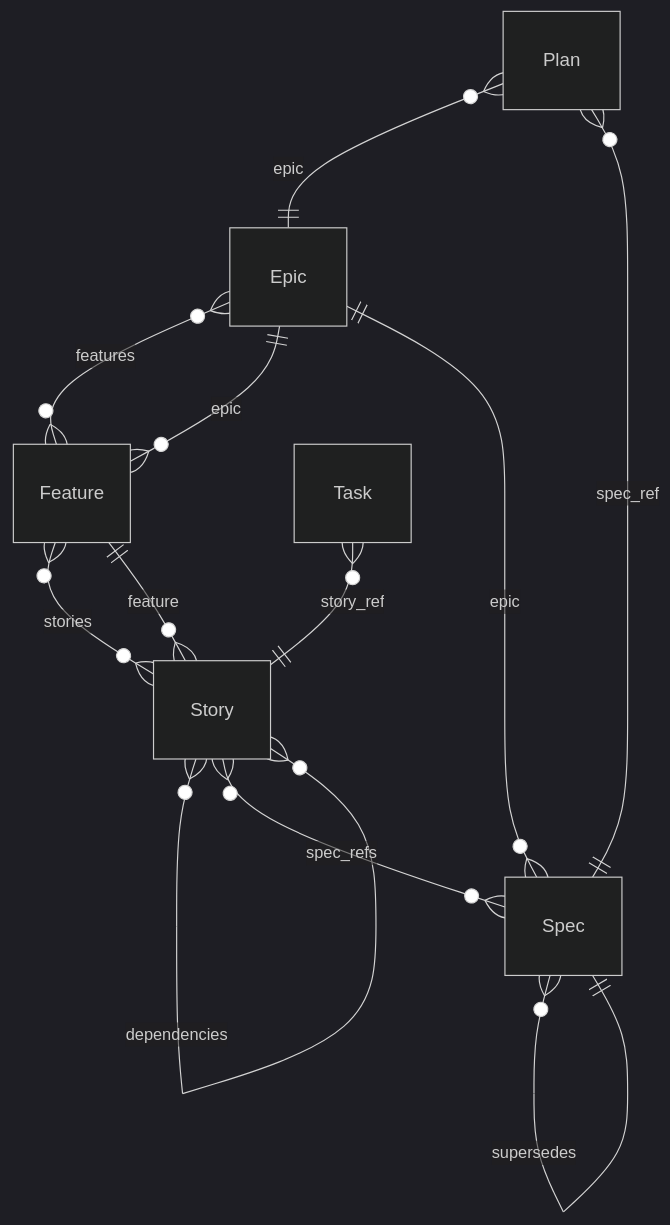
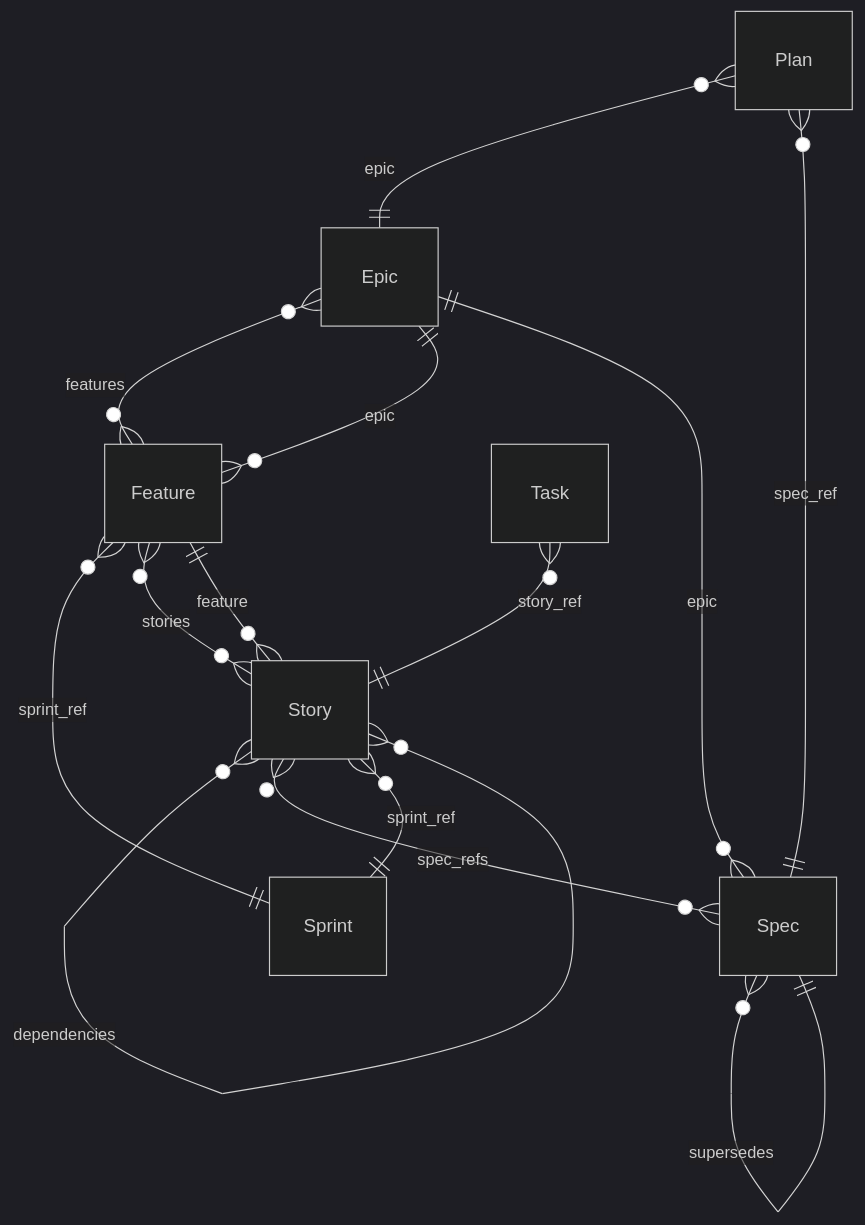
Before and after one commit to ruinosus/dna: the seventh of 11 diagrams in docs/reference/data-model.md, drawn with Mermaid (dark theme). The commit also changed other lines of this file and 21 other files, not shown here.

````diff
--- a/docs/reference/data-model.md
+++ b/docs/reference/data-model.md
@@ -221,20 +222,23 @@
 ```mermaid
 erDiagram
     Epic
     Feature
     Plan
     Spec
+    Sprint
     Story
     Task
     Epic }o--}o Feature : "features"
     Feature }o--|| Epic : "epic"
+    Feature }o--|| Sprint : "sprint_ref"
     Feature }o--}o Story : "stories"
     Plan }o--|| Epic : "epic"
     Plan }o--|| Spec : "spec_ref"
     Spec }o--|| Epic : "epic"
     Spec }o--|| Spec : "supersedes"
     Story }o--}o Story : "dependencies"
     Story }o--|| Feature : "feature"
     Story }o--}o Spec : "spec_refs"
+    Story }o--|| Sprint : "sprint_ref"
     Task }o--|| Story : "story_ref"
 ```
````
